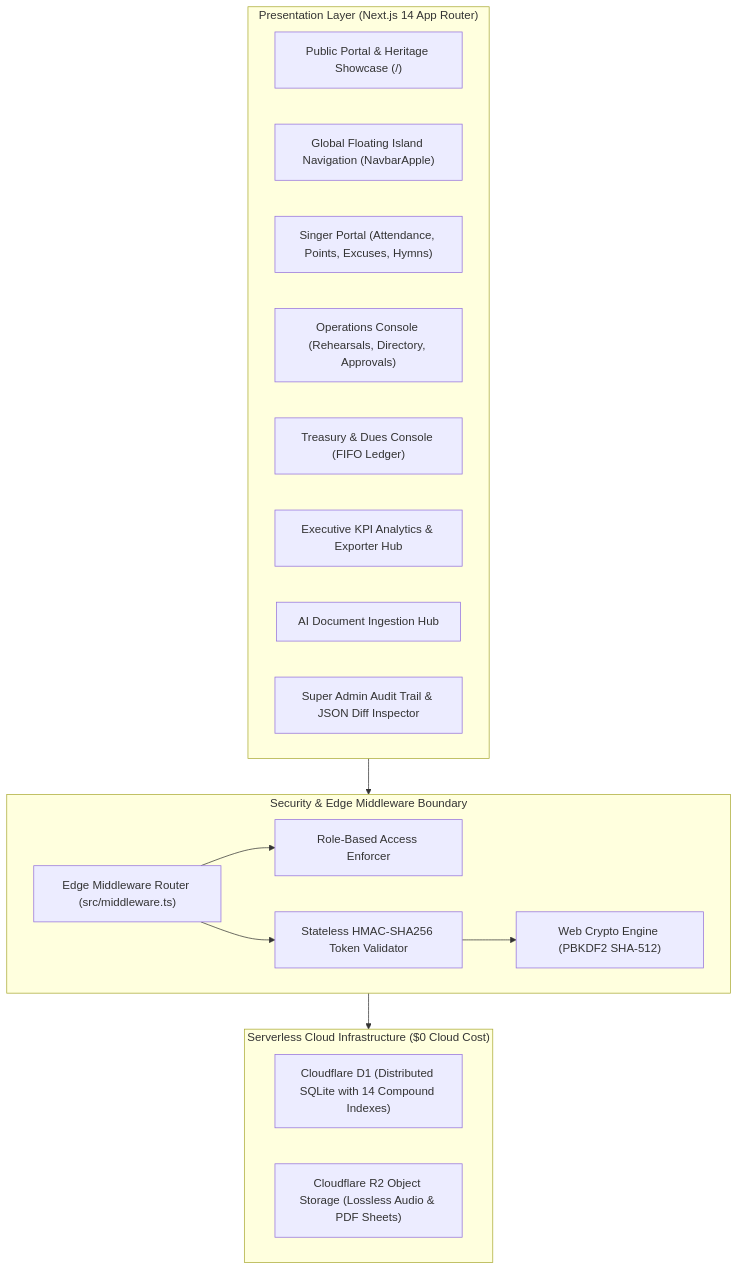
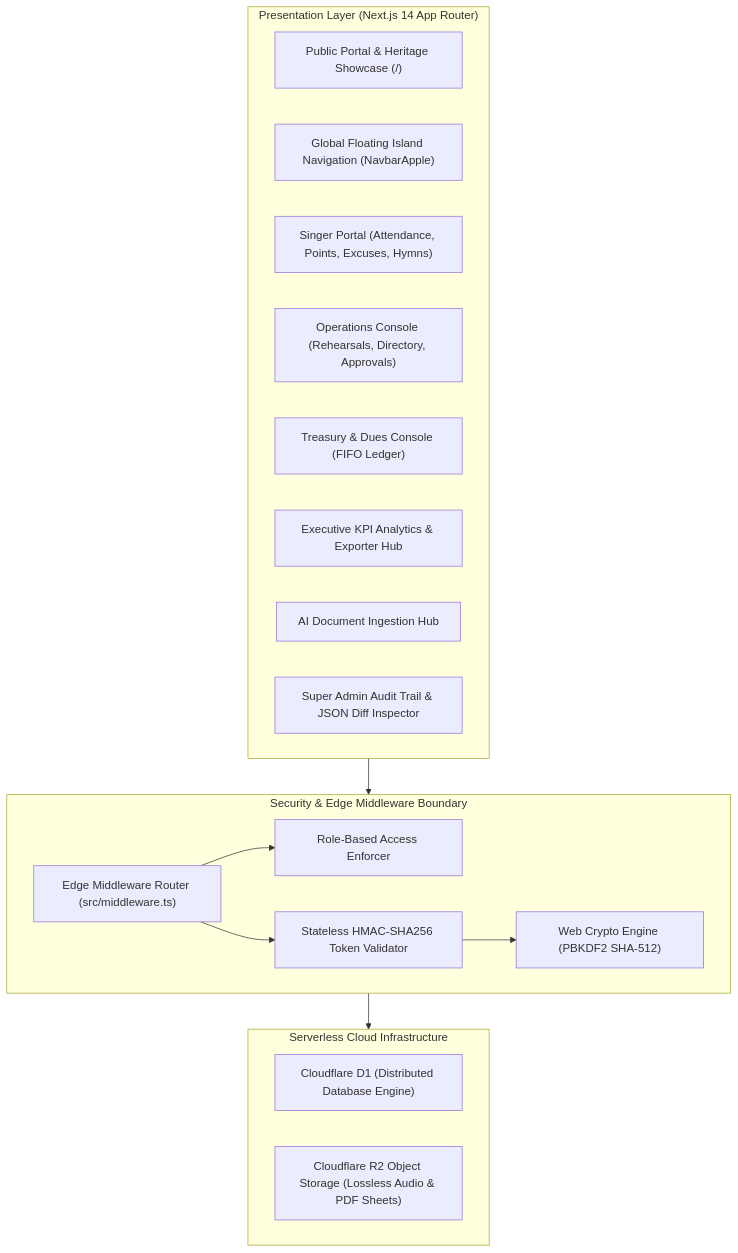
Before and after one commit to FadyAmgadNaoum/ThamarShefahChoir: the diagram in README.md, drawn with Mermaid. The commit also changed other lines of this file and 1 other file, not shown here.

````diff
--- a/README.md
+++ b/README.md
@@ -43,31 +42,31 @@
 ```mermaid
 flowchart TD
     subgraph PresentationLayer["Presentation Layer (Next.js 14 App Router)"]
         PublicLanding["Public Portal & Heritage Showcase (/)"]
         DynamicIsland["Global Floating Island Navigation (NavbarApple)"]
         MemberPortal["Singer Portal (Attendance, Points, Excuses, Hymns)"]
         AdminConsole["Operations Console (Rehearsals, Directory, Approvals)"]
         TreasuryConsole["Treasury & Dues Console (FIFO Ledger)"]
         AnalyticsConsole["Executive KPI Analytics & Exporter Hub"]
         AIHub["AI Document Ingestion Hub"]
         AuditConsole["Super Admin Audit Trail & JSON Diff Inspector"]
     end
 
     subgraph SecurityBoundary["Security & Edge Middleware Boundary"]
         EdgeMW["Edge Middleware Router (src/middleware.ts)"]
         RBACGate["Role-Based Access Enforcer"]
         CryptoEngine["Web Crypto Engine (PBKDF2 SHA-512)"]
         TokenAuth["Stateless HMAC-SHA256 Token Validator"]
         EdgeMW --> RBACGate
         EdgeMW --> TokenAuth
         TokenAuth --> CryptoEngine
     end
 
-    subgraph PersistenceLayer["Serverless Cloud Infrastructure ($0 Cloud Cost)"]
-        D1DB["Cloudflare D1 (Distributed SQLite with 14 Compound Indexes)"]
+    subgraph PersistenceLayer["Serverless Cloud Infrastructure"]
+        D1DB["Cloudflare D1 (Distributed Database Engine)"]
         R2Storage["Cloudflare R2 Object Storage (Lossless Audio & PDF Sheets)"]
     end
 
     PresentationLayer --> SecurityBoundary
     SecurityBoundary --> PersistenceLayer
 ```
````
